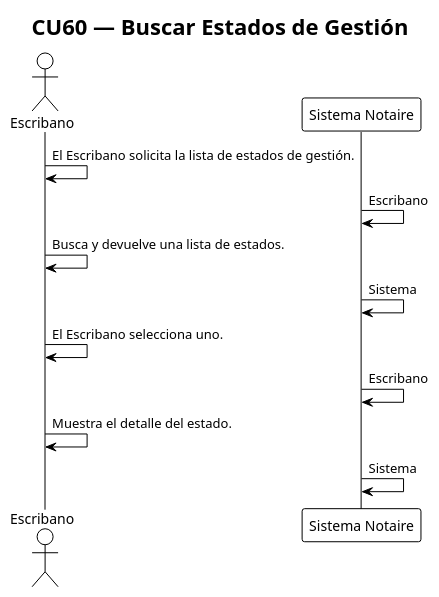
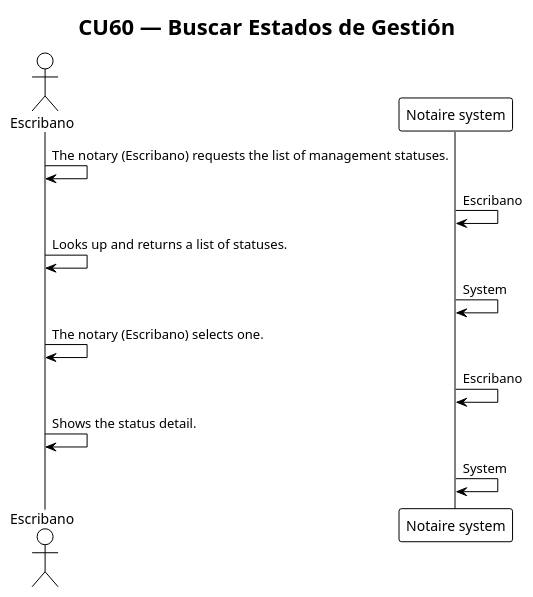
The diagram in docs/200-architecture/204-diagrams/Secuencias/seq60-buscar-estados-de-gestión.puml (matiaspakua/notaire), drawn with PlantUML before and after one commit. The commit also changed 165 other files, not shown here.

First line of the commit message:
[#1490] docs(architecture): write CU sequence steps in English (#1505)

```diff
--- a/docs/200-architecture/204-diagrams/Secuencias/seq60-buscar-estados-de-gestión.puml
+++ b/docs/200-architecture/204-diagrams/Secuencias/seq60-buscar-estados-de-gestión.puml
@@ -1,17 +1,17 @@
 @startuml cu60
 !theme plain
 title CU60 — Buscar Estados de Gestión
 
 actor "Escribano" as Actor
-participant "Sistema Notaire" as Sistema
+participant "Notaire system" as System
 
-Actor -> Actor : El Escribano solicita la lista de estados de gestión.
-Sistema -> Sistema : Escribano
-Actor -> Actor : Busca y devuelve una lista de estados.
-Sistema -> Sistema : Sistema
-Actor -> Actor : El Escribano selecciona uno.
-Sistema -> Sistema : Escribano
-Actor -> Actor : Muestra el detalle del estado.
-Sistema -> Sistema : Sistema
+Actor -> Actor : The notary (Escribano) requests the list of management statuses.
+System -> System : Escribano
+Actor -> Actor : Looks up and returns a list of statuses.
+System -> System : System
+Actor -> Actor : The notary (Escribano) selects one.
+System -> System : Escribano
+Actor -> Actor : Shows the status detail.
+System -> System : System
 
 @enduml
```
